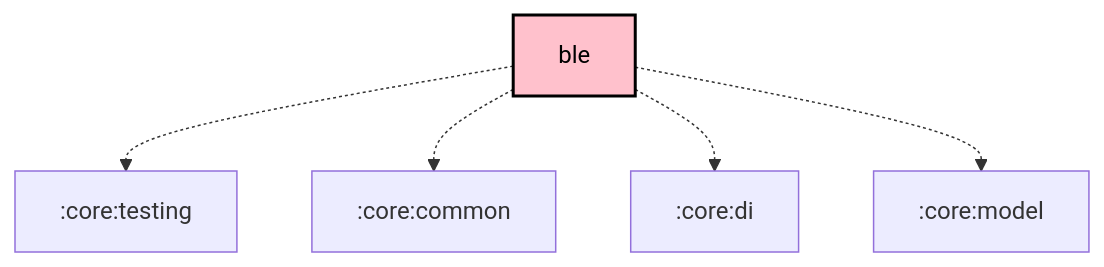
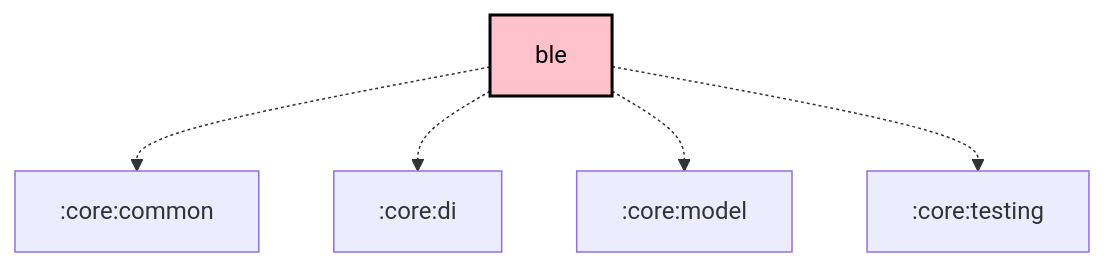
One commit to meshtastic/Meshtastic-Android changed the diagram in core/ble/README.md. Above: the diagram before and after it, drawn with Mermaid. The commit also changed other lines of this file and 2 other files, not shown here.

Commit message:
chore: Scheduled updates (Graphs, Baseline Profile) (#6212)

````diff
--- a/core/ble/README.md
+++ b/core/ble/README.md
@@ -65,22 +65,22 @@
 ```mermaid
 graph TB
   :core:ble[ble]:::kmp-library
-  :core:ble -.-> :core:testing
   :core:ble -.-> :core:common
   :core:ble -.-> :core:di
   :core:ble -.-> :core:model
+  :core:ble -.-> :core:testing
 
 classDef android-application fill:#CAFFBF,stroke:#000,stroke-width:2px,color:#000;
 classDef android-application-compose fill:#CAFFBF,stroke:#000,stroke-width:2px,color:#000;
 classDef compose-desktop-application fill:#CAFFBF,stroke:#000,stroke-width:2px,color:#000;
 classDef android-feature fill:#FFD6A5,stroke:#000,stroke-width:2px,color:#000;
 classDef android-library fill:#9BF6FF,stroke:#000,stroke-width:2px,color:#000;
 classDef android-library-compose fill:#9BF6FF,stroke:#000,stroke-width:2px,color:#000;
 classDef android-test fill:#A0C4FF,stroke:#000,stroke-width:2px,color:#000;
 classDef jvm-library fill:#BDB2FF,stroke:#000,stroke-width:2px,color:#000;
 classDef kmp-feature fill:#FFD6A5,stroke:#000,stroke-width:2px,color:#000;
 classDef kmp-library-compose fill:#FFC1CC,stroke:#000,stroke-width:2px,color:#000;
 classDef kmp-library fill:#FFC1CC,stroke:#000,stroke-width:2px,color:#000;
 classDef unknown fill:#FFADAD,stroke:#000,stroke-width:2px,color:#000;
 
 ```
````
